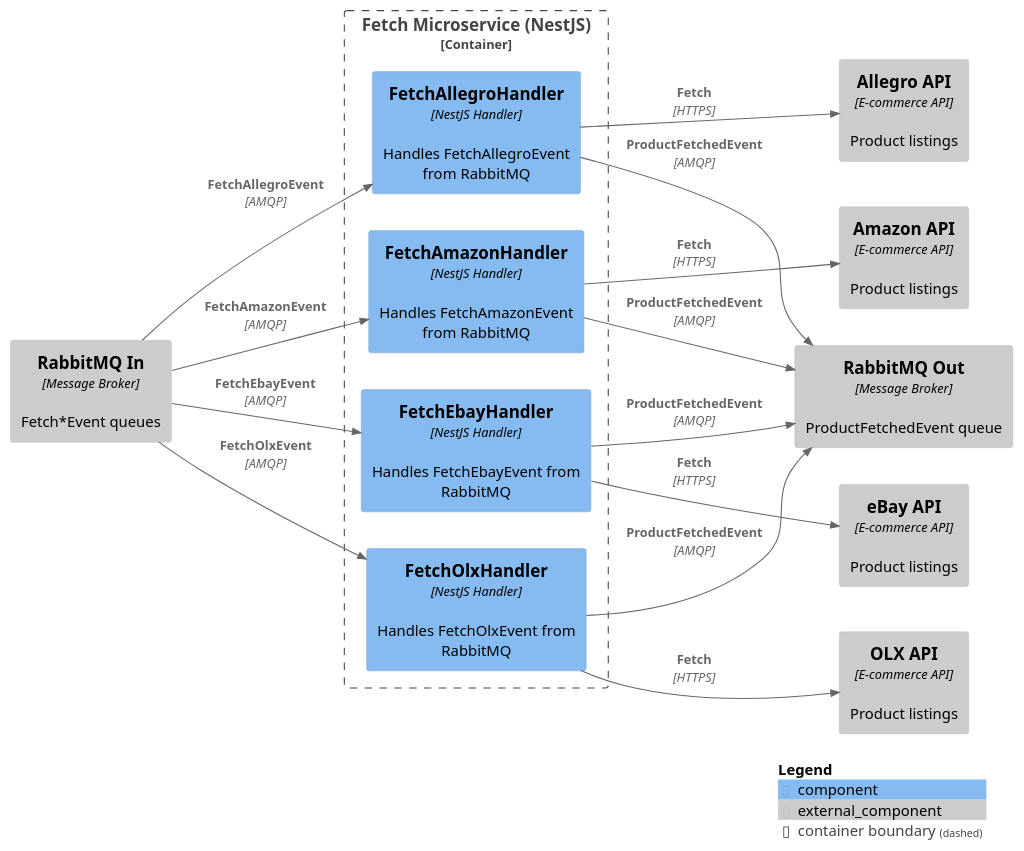
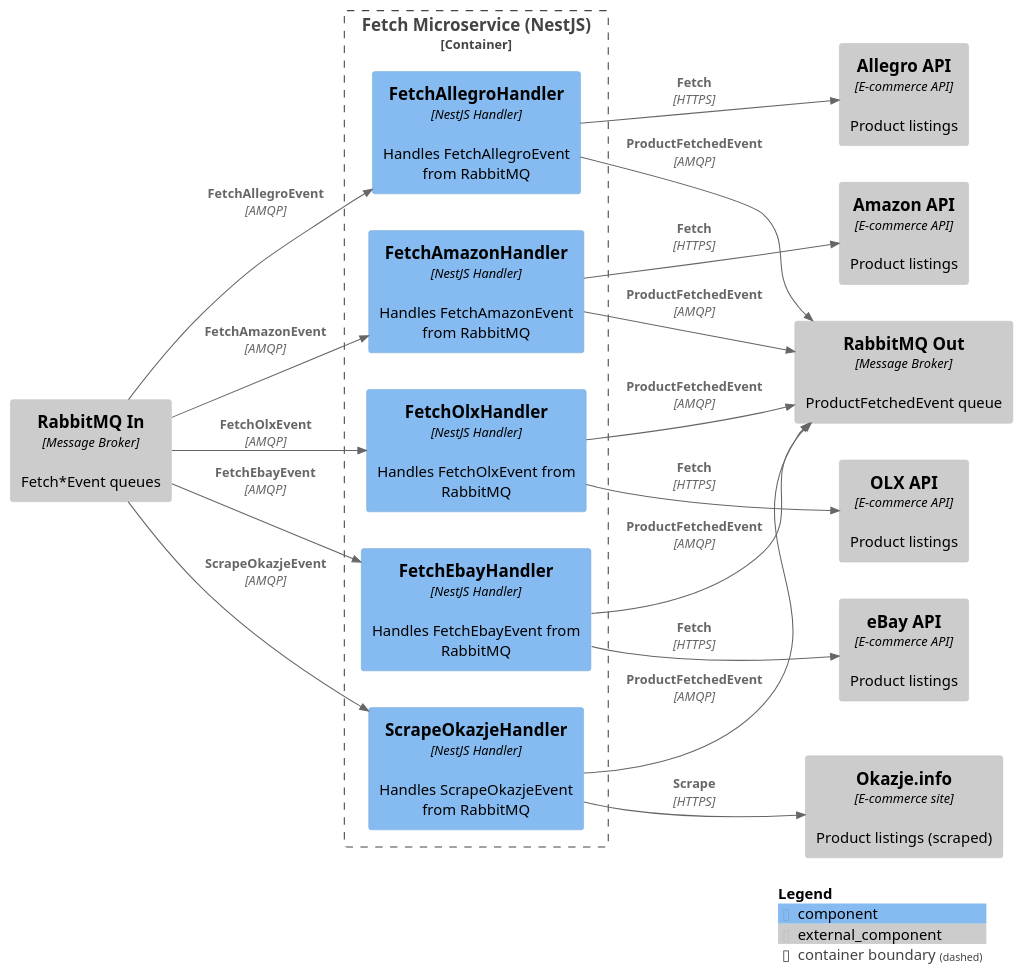
One commit to Generacja-Cuzi/ai-present-finder changed the diagram in docs/C4_v0.2.0/fetch_component.puml. Above: the diagram before and after it, drawn with PlantUML. The commit also changed 27 other files, not shown here.

```diff
--- a/docs/C4_v0.2.0/fetch_component.puml
+++ b/docs/C4_v0.2.0/fetch_component.puml
@@ -1,36 +1,41 @@
 @startuml C4_Component_Fetch
 !include https://raw.githubusercontent.com/plantuml-stdlib/C4-PlantUML/master/C4_Component.puml
 
 LAYOUT_LEFT_RIGHT()
 
 Container_Boundary(fetch, "Fetch Microservice (NestJS)") {
   Component(allegro_handler, "FetchAllegroHandler", "NestJS Handler", "Handles FetchAllegroEvent from RabbitMQ")
   Component(amazon_handler, "FetchAmazonHandler", "NestJS Handler", "Handles FetchAmazonEvent from RabbitMQ")
   Component(ebay_handler, "FetchEbayHandler", "NestJS Handler", "Handles FetchEbayEvent from RabbitMQ")
   Component(olx_handler, "FetchOlxHandler", "NestJS Handler", "Handles FetchOlxEvent from RabbitMQ")
+  Component(okazje_handler, "ScrapeOkazjeHandler", "NestJS Handler", "Handles ScrapeOkazjeEvent from RabbitMQ")
 }
 
 Component_Ext(rabbitmq_in, "RabbitMQ In", "Message Broker", "Fetch*Event queues")
 Component_Ext(rabbitmq_out, "RabbitMQ Out", "Message Broker", "ProductFetchedEvent queue")
 Component_Ext(allegro_api, "Allegro API", "E-commerce API", "Product listings")
 Component_Ext(amazon_api, "Amazon API", "E-commerce API", "Product listings")
 Component_Ext(ebay_api, "eBay API", "E-commerce API", "Product listings")
 Component_Ext(olx_api, "OLX API", "E-commerce API", "Product listings")
+Component_Ext(okazje_site, "Okazje.info", "E-commerce site", "Product listings (scraped)")
 
 Rel(rabbitmq_in, allegro_handler, "FetchAllegroEvent", "AMQP")
 Rel(rabbitmq_in, amazon_handler, "FetchAmazonEvent", "AMQP")
 Rel(rabbitmq_in, ebay_handler, "FetchEbayEvent", "AMQP")
 Rel(rabbitmq_in, olx_handler, "FetchOlxEvent", "AMQP")
+Rel(rabbitmq_in, okazje_handler, "ScrapeOkazjeEvent", "AMQP")
 
 Rel(allegro_handler, allegro_api, "Fetch", "HTTPS")
 Rel(amazon_handler, amazon_api, "Fetch", "HTTPS")
 Rel(ebay_handler, ebay_api, "Fetch", "HTTPS")
 Rel(olx_handler, olx_api, "Fetch", "HTTPS")
+Rel(okazje_handler, okazje_site, "Scrape", "HTTPS")
 
 Rel(allegro_handler, rabbitmq_out, "ProductFetchedEvent", "AMQP")
 Rel(amazon_handler, rabbitmq_out, "ProductFetchedEvent", "AMQP")
 Rel(ebay_handler, rabbitmq_out, "ProductFetchedEvent", "AMQP")
 Rel(olx_handler, rabbitmq_out, "ProductFetchedEvent", "AMQP")
+Rel(okazje_handler, rabbitmq_out, "ProductFetchedEvent", "AMQP")
 
 SHOW_LEGEND()
 @enduml
```
